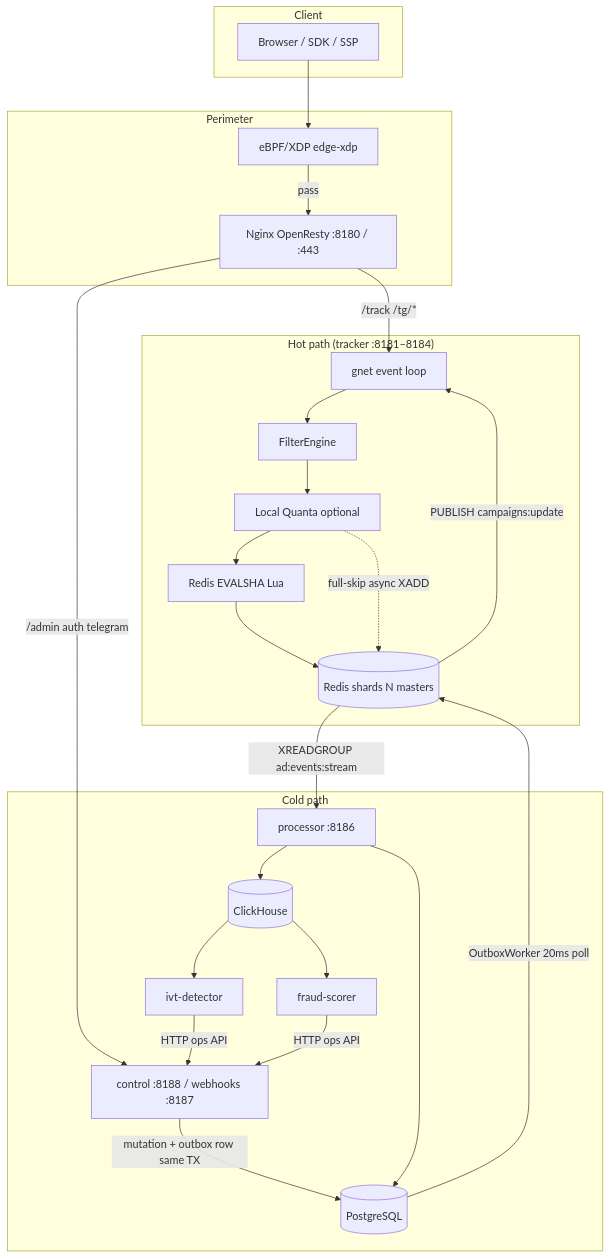
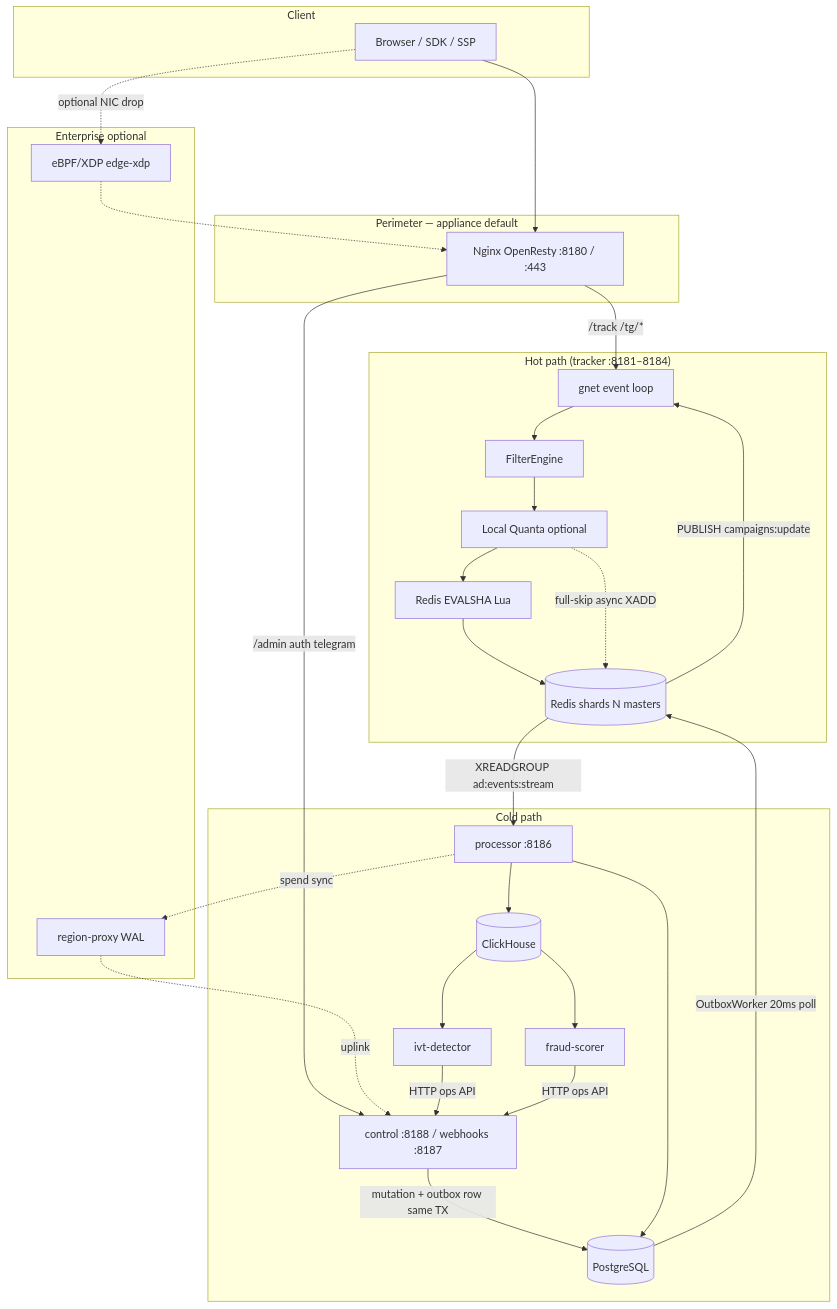
Before and after one commit to mykhailov-ua/ad-event-processor: the first of 5 diagrams in docs/ARCHITECTURE.md, drawn with Mermaid. The commit also changed other lines of this file and 154 other files, not shown here.

````diff
--- a/docs/ARCHITECTURE.md
+++ b/docs/ARCHITECTURE.md
@@ -9,52 +9,59 @@
 ```mermaid
 flowchart TB
     subgraph Client
         C[Browser / SDK / SSP]
     end
 
-    subgraph Perimeter
+    subgraph Perimeter["Perimeter — appliance default"]
+        NGX[Nginx OpenResty :8180 / :443]
+    end
+
+    subgraph EnterpriseOpt["Enterprise optional"]
         XDP[eBPF/XDP edge-xdp]
-        NGX[Nginx OpenResty :8180 / :443]
+        RP[region-proxy WAL]
     end
 
     subgraph HotPath["Hot path (tracker :8181–8184)"]
         GNET[gnet event loop]
         FE[FilterEngine]
         LUA[Redis EVALSHA Lua]
         LQ[Local Quanta optional]
         RS[(Redis shards N masters)]
     end
 
     subgraph ColdPath["Cold path"]
         CTRL[control :8188 / webhooks :8187]
         PG[(PostgreSQL)]
         PROC[processor :8186]
         CH[(ClickHouse)]
         IVT[ivt-detector]
         FS[fraud-scorer]
     end
 
-    C --> XDP
-    XDP -->|pass| NGX
+    C --> NGX
+    C -. optional NIC drop .-> XDP
+    XDP -.-> NGX
     NGX -->|/track /tg/*| GNET
     NGX -->|/admin auth telegram| CTRL
 
     GNET --> FE
     FE --> LQ
     LQ --> LUA
     LUA --> RS
     LQ -.->|full-skip async XADD| RS
 
     CTRL -->|mutation + outbox row same TX| PG
     PG -->|OutboxWorker 20ms poll| RS
     RS -->|PUBLISH campaigns:update| GNET
 
     RS -->|XREADGROUP ad:events:stream| PROC
     PROC --> PG
     PROC --> CH
+    PROC -. spend sync .-> RP
+    RP -. uplink .-> CTRL
 
     CH --> IVT
     CH --> FS
     IVT -->|HTTP ops API| CTRL
     FS -->|HTTP ops API| CTRL
 ```
````
